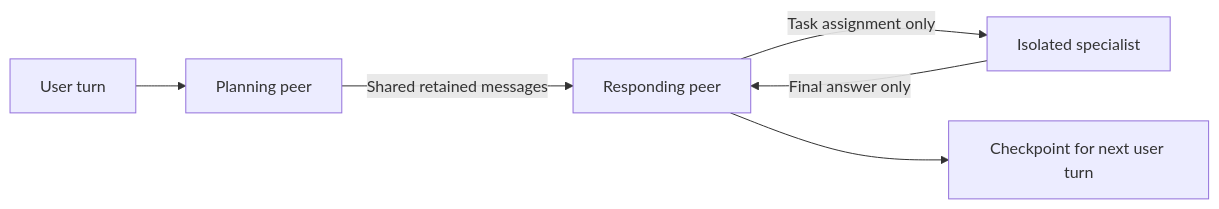
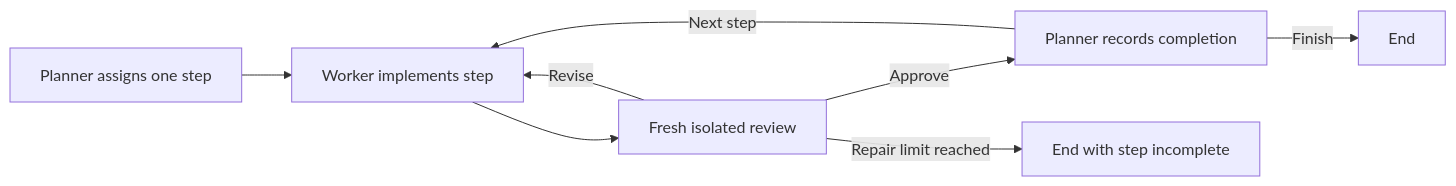
One commit to martinbechard/lg-report changed the diagram in samples/context_budget/README.md. Above: the diagram before and after it, drawn with Mermaid. The commit also changed other lines of this file and 192 other files, not shown here.

````diff
--- a/samples/context_budget/README.md
+++ b/samples/context_budget/README.md
@@ -13,8 +6,10 @@
 ```mermaid
 flowchart LR
-    U[User turn] --> P[Planning peer]
-    P -->|Shared retained messages| R[Responding peer]
-    R -->|Task assignment only| S[Isolated specialist]
-    S -->|Final answer only| R
-    R --> H[Checkpoint for next user turn]
+    P[Planner assigns one step] --> W[Worker implements step]
+    W --> R[Fresh isolated review]
+    R -->|Revise| W
+    R -->|Approve| U[Planner records completion]
+    U -->|Next step| W
+    U -->|Finish| E[End]
+    R -->|Repair limit reached| B[End with step incomplete]
 ```
````
